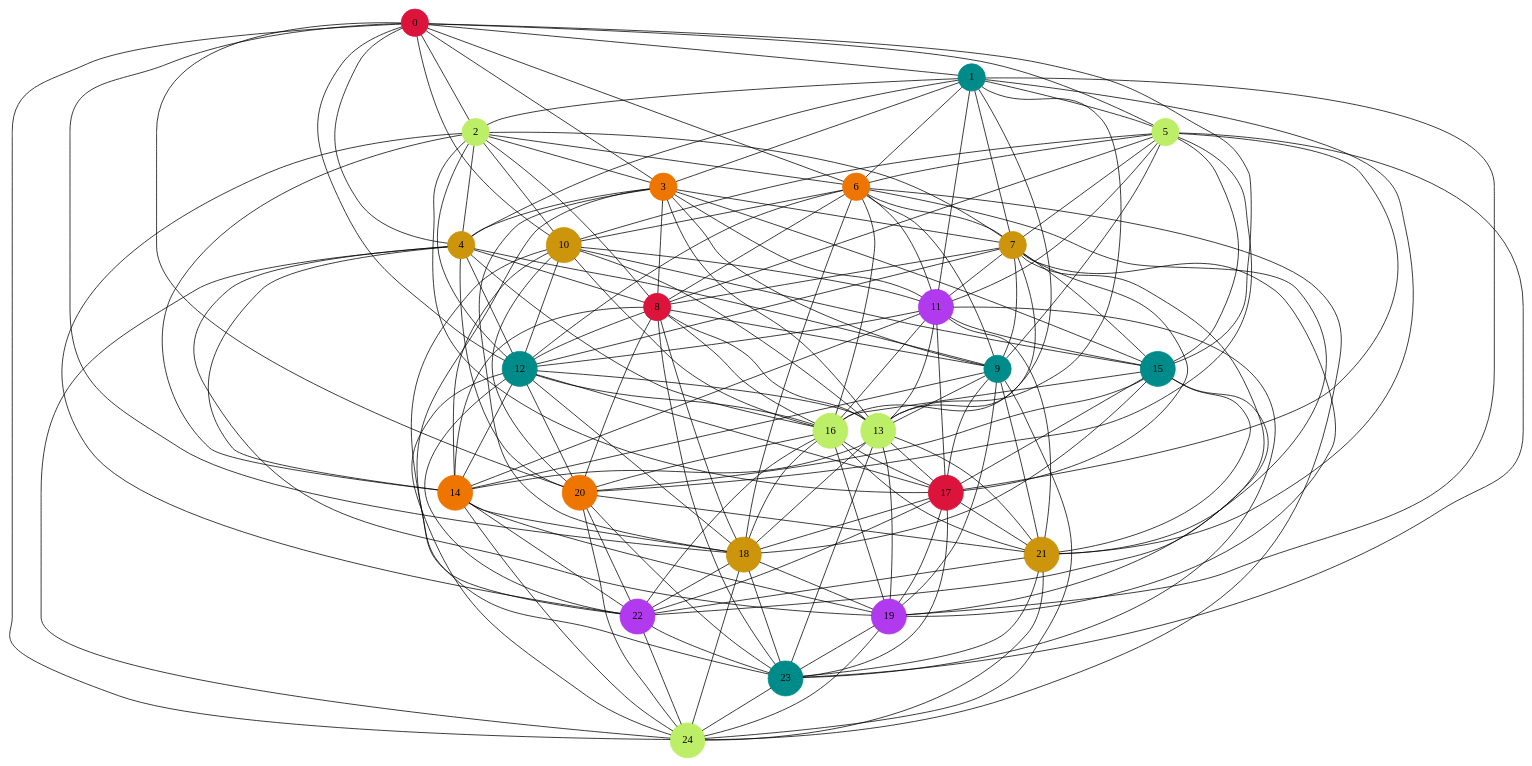
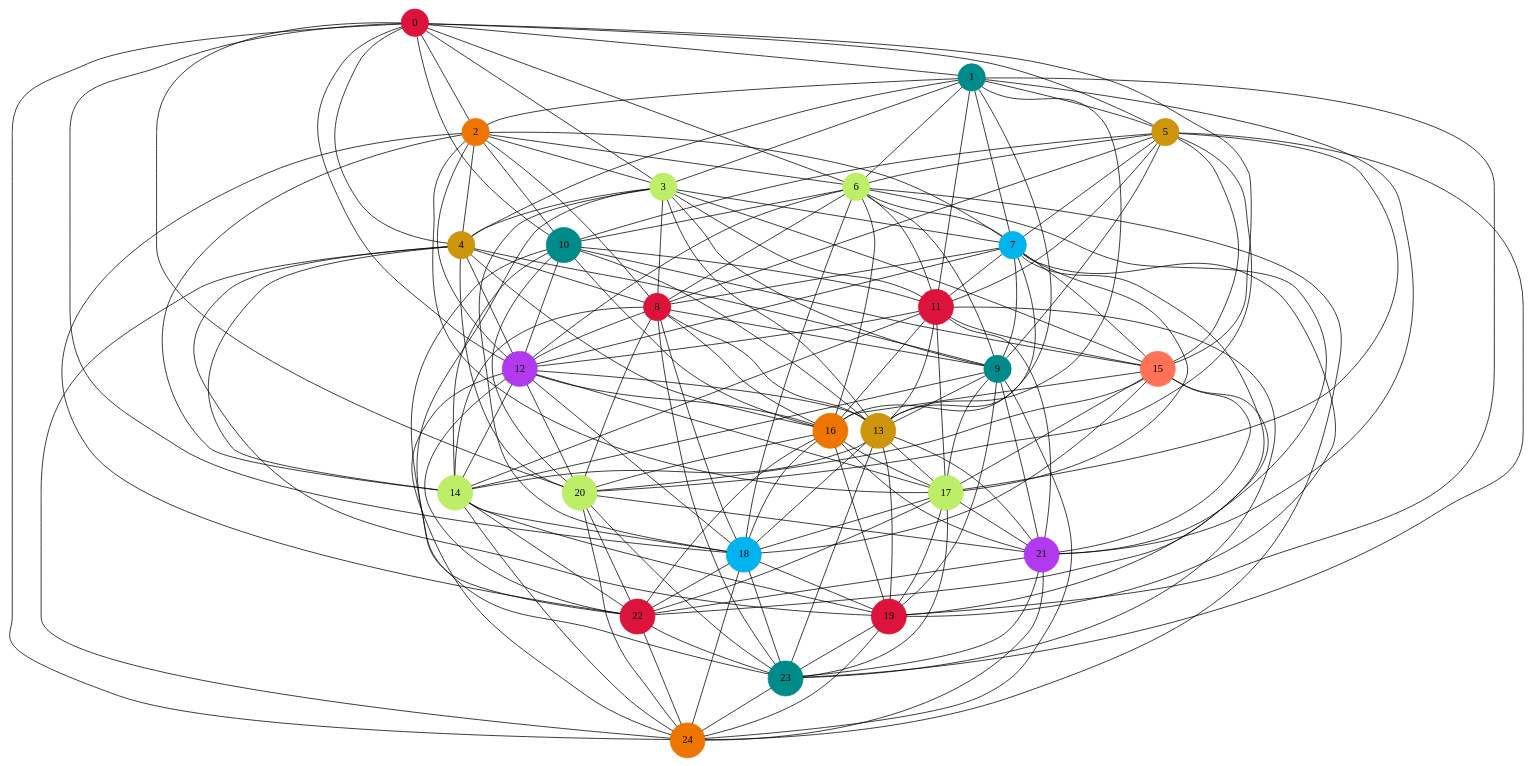
Before and after one commit to LeaChemoul/ColorationGraphesProjet: the diagram in graph/graph_gr_aleat.dot, drawn with Graphviz. The commit also changed 51 other files, not shown here.

Commit message:
Correction de la structure de graphe et des algorithmes de tris

```diff
--- a/graph/graph_gr_aleat.dot
+++ b/graph/graph_gr_aleat.dot
@@ -1,187 +1,187 @@
 graph G {
 0 [shape=circle, style=filled, color= crimson];
 0 -- 6;
 0 -- 12;
 0 -- 18;
 0 -- 24;
 0 -- 1;
 0 -- 2;
 0 -- 3;
 0 -- 4;
 0 -- 5;
 0 -- 10;
 0 -- 15;
 0 -- 20;
 1 [shape=circle, style=filled, color= cyan4];
 1 -- 7;
 1 -- 13;
 1 -- 19;
 1 -- 5;
 1 -- 2;
 1 -- 3;
 1 -- 4;
 1 -- 6;
 1 -- 11;
 1 -- 16;
 1 -- 21;
-2 [shape=circle, style=filled, color= darkolivegreen2];
+2 [shape=circle, style=filled, color= darkorange2];
 2 -- 8;
 2 -- 14;
 2 -- 6;
 2 -- 10;
 2 -- 3;
 2 -- 4;
 2 -- 7;
 2 -- 12;
 2 -- 17;
 2 -- 22;
-3 [shape=circle, style=filled, color= darkorange2];
+3 [shape=circle, style=filled, color= darkolivegreen2];
 3 -- 9;
 3 -- 7;
 3 -- 11;
 3 -- 15;
 3 -- 4;
 3 -- 8;
 3 -- 13;
 3 -- 18;
 3 -- 23;
 4 [shape=circle, style=filled, color= darkgoldenrod3];
 4 -- 8;
 4 -- 12;
 4 -- 16;
 4 -- 20;
 4 -- 9;
 4 -- 14;
 4 -- 19;
 4 -- 24;
-5 [shape=circle, style=filled, color= darkolivegreen2];
+5 [shape=circle, style=filled, color= darkgoldenrod3];
 5 -- 11;
 5 -- 17;
 5 -- 23;
 5 -- 6;
 5 -- 7;
 5 -- 8;
 5 -- 9;
 5 -- 10;
 5 -- 15;
 5 -- 20;
-6 [shape=circle, style=filled, color= darkorange2];
+6 [shape=circle, style=filled, color= darkolivegreen2];
 6 -- 12;
 6 -- 18;
 6 -- 24;
 6 -- 10;
 6 -- 7;
 6 -- 8;
 6 -- 9;
 6 -- 11;
 6 -- 16;
 6 -- 21;
-7 [shape=circle, style=filled, color= darkgoldenrod3];
+7 [shape=circle, style=filled, color= deepskyblue2];
 7 -- 13;
 7 -- 19;
 7 -- 11;
 7 -- 15;
 7 -- 8;
 7 -- 9;
 7 -- 12;
 7 -- 17;
 7 -- 22;
 8 [shape=circle, style=filled, color= crimson];
 8 -- 14;
 8 -- 12;
 8 -- 16;
 8 -- 20;
 8 -- 9;
 8 -- 13;
 8 -- 18;
 8 -- 23;
 9 [shape=circle, style=filled, color= cyan4];
 9 -- 13;
 9 -- 17;
 9 -- 21;
 9 -- 14;
 9 -- 19;
 9 -- 24;
-10 [shape=circle, style=filled, color= darkgoldenrod3];
+10 [shape=circle, style=filled, color= cyan4];
 10 -- 16;
 10 -- 22;
 10 -- 11;
 10 -- 12;
 10 -- 13;
 10 -- 14;
 10 -- 15;
 10 -- 20;
-11 [shape=circle, style=filled, color= darkorchid2];
+11 [shape=circle, style=filled, color= crimson];
 11 -- 17;
 11 -- 23;
 11 -- 15;
 11 -- 12;
 11 -- 13;
 11 -- 14;
 11 -- 16;
 11 -- 21;
-12 [shape=circle, style=filled, color= cyan4];
+12 [shape=circle, style=filled, color= darkorchid2];
 12 -- 18;
 12 -- 24;
 12 -- 16;
 12 -- 20;
 12 -- 13;
 12 -- 14;
 12 -- 17;
 12 -- 22;
-13 [shape=circle, style=filled, color= darkolivegreen2];
+13 [shape=circle, style=filled, color= darkgoldenrod3];
 13 -- 19;
 13 -- 17;
 13 -- 21;
 13 -- 14;
 13 -- 18;
 13 -- 23;
-14 [shape=circle, style=filled, color= darkorange2];
+14 [shape=circle, style=filled, color= darkolivegreen2];
 14 -- 18;
 14 -- 22;
 14 -- 19;
 14 -- 24;
-15 [shape=circle, style=filled, color= cyan4];
+15 [shape=circle, style=filled, color= coral1];
 15 -- 21;
 15 -- 16;
 15 -- 17;
 15 -- 18;
 15 -- 19;
 15 -- 20;
-16 [shape=circle, style=filled, color= darkolivegreen2];
+16 [shape=circle, style=filled, color= darkorange2];
 16 -- 22;
 16 -- 20;
 16 -- 17;
 16 -- 18;
 16 -- 19;
 16 -- 21;
-17 [shape=circle, style=filled, color= crimson];
+17 [shape=circle, style=filled, color= darkolivegreen2];
 17 -- 23;
 17 -- 21;
 17 -- 18;
 17 -- 19;
 17 -- 22;
-18 [shape=circle, style=filled, color= darkgoldenrod3];
+18 [shape=circle, style=filled, color= deepskyblue2];
 18 -- 24;
 18 -- 22;
 18 -- 19;
 18 -- 23;
-19 [shape=circle, style=filled, color= darkorchid2];
+19 [shape=circle, style=filled, color= crimson];
 19 -- 23;
 19 -- 24;
-20 [shape=circle, style=filled, color= darkorange2];
+20 [shape=circle, style=filled, color= darkolivegreen2];
 20 -- 21;
 20 -- 22;
 20 -- 23;
 20 -- 24;
-21 [shape=circle, style=filled, color= darkgoldenrod3];
+21 [shape=circle, style=filled, color= darkorchid2];
 21 -- 22;
 21 -- 23;
 21 -- 24;
-22 [shape=circle, style=filled, color= darkorchid2];
+22 [shape=circle, style=filled, color= crimson];
 22 -- 23;
 22 -- 24;
 23 [shape=circle, style=filled, color= cyan4];
 23 -- 24;
-24 [shape=circle, style=filled, color= darkolivegreen2];
+24 [shape=circle, style=filled, color= darkorange2];
 }
```
